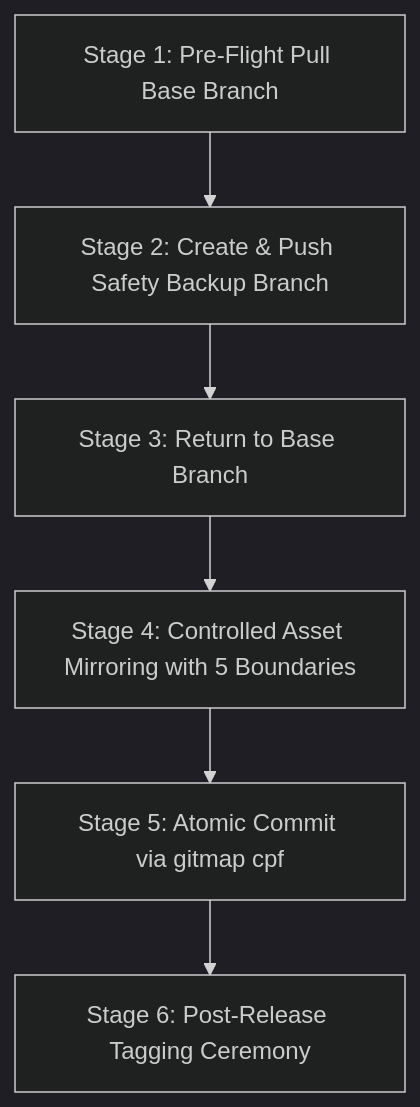
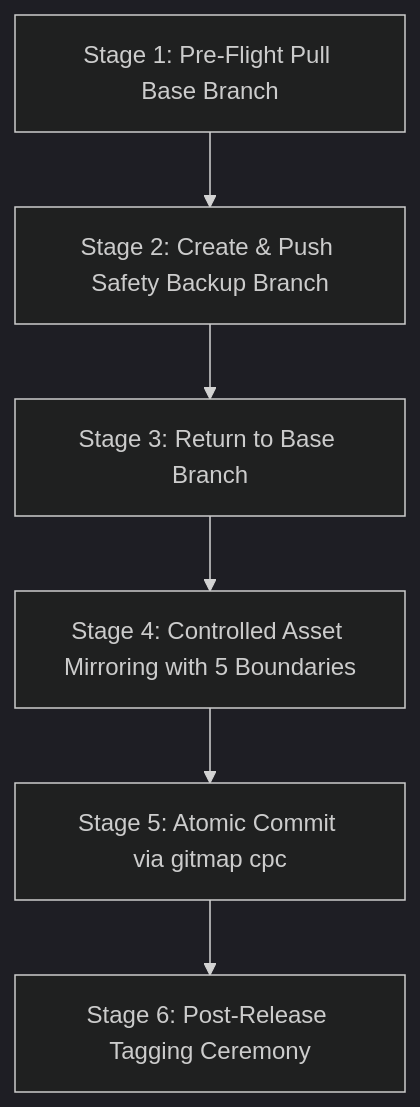
One commit to alimtvnetwork/spec-builder-v11 changed the diagram in .agents/skills/sync/skill.md. Above: the diagram before and after it, drawn with Mermaid (dark theme). The commit also changed other lines of this file and 56 other files, not shown here.

````diff
--- a/.agents/skills/sync/skill.md
+++ b/.agents/skills/sync/skill.md
@@ -90,8 +90,8 @@
 ```mermaid
 flowchart TD
     S1["Stage 1: Pre-Flight Pull Base Branch"] --> S2["Stage 2: Create & Push Safety Backup Branch"]
     S2 --> S3["Stage 3: Return to Base Branch"]
     S3 --> S4["Stage 4: Controlled Asset Mirroring with 5 Boundaries"]
-    S4 --> S5["Stage 5: Atomic Commit via gitmap cpf"]
+    S4 --> S5["Stage 5: Atomic Commit via gitmap cpc"]
     S5 --> S6["Stage 6: Post-Release Tagging Ceremony"]
 ```
````
